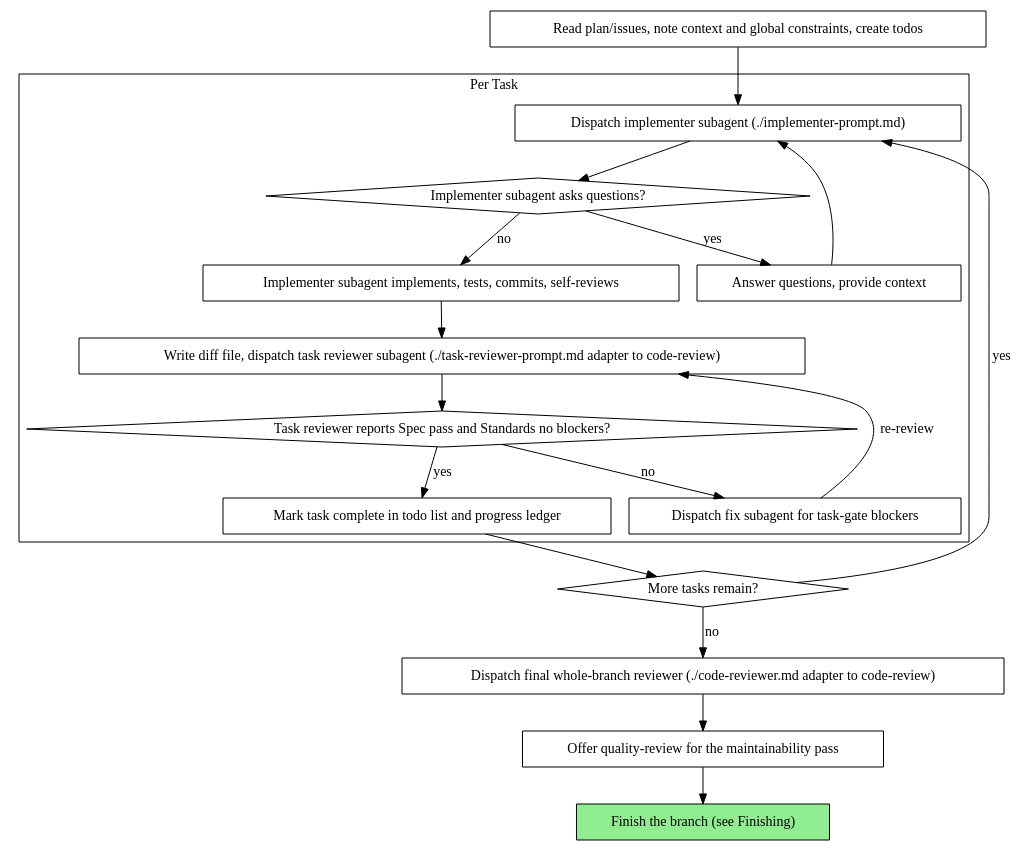
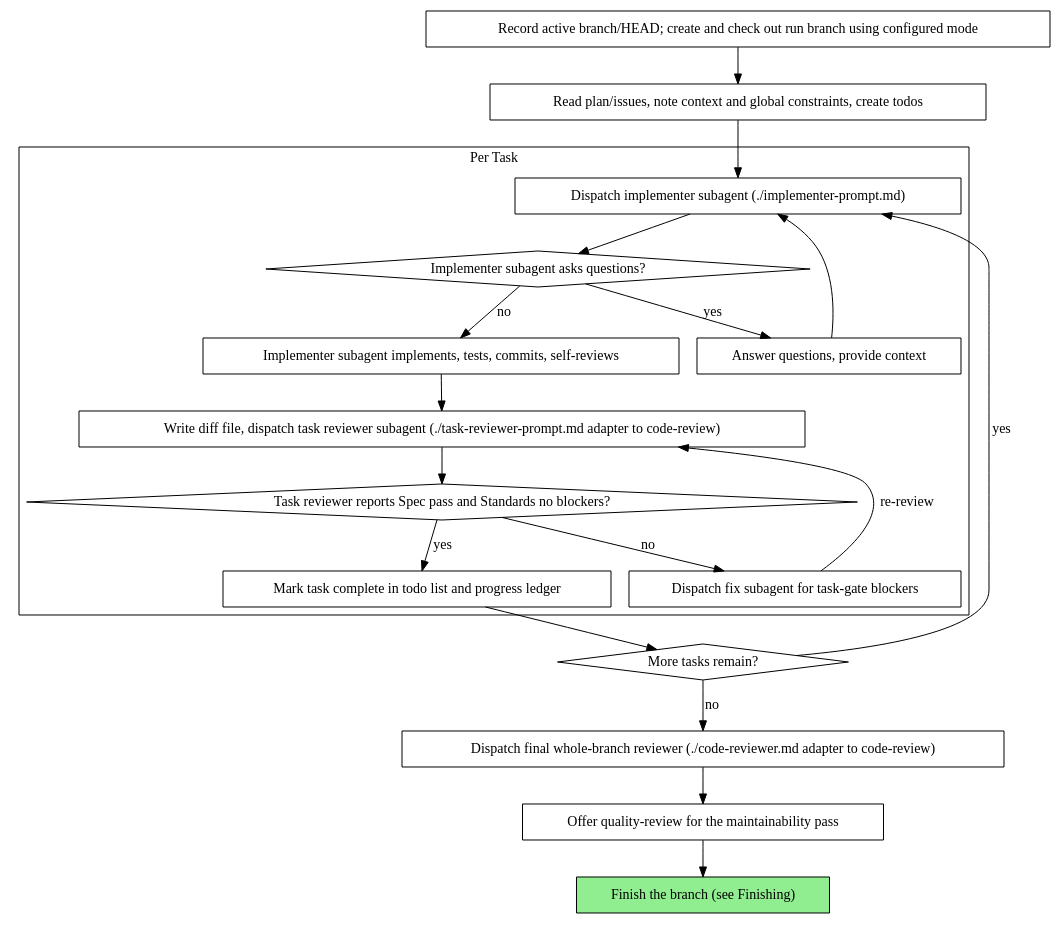
One commit to Enubia/skills changed the second of 2 diagrams in skills/subagent-driven-development/SKILL.md. Above: the diagram before and after it, drawn with Graphviz. The commit also changed other lines of this file and 4 other files, not shown here.

````diff
--- a/skills/subagent-driven-development/SKILL.md
+++ b/skills/subagent-driven-development/SKILL.md
@@ -67,39 +75,41 @@
 ```dot
 digraph process {
     rankdir=TB;
 
     subgraph cluster_per_task {
         label="Per Task";
         "Dispatch implementer subagent (./implementer-prompt.md)" [shape=box];
         "Implementer subagent asks questions?" [shape=diamond];
         "Answer questions, provide context" [shape=box];
         "Implementer subagent implements, tests, commits, self-reviews" [shape=box];
         "Write diff file, dispatch task reviewer subagent (./task-reviewer-prompt.md adapter to code-review)" [shape=box];
         "Task reviewer reports Spec pass and Standards no blockers?" [shape=diamond];
         "Dispatch fix subagent for task-gate blockers" [shape=box];
         "Mark task complete in todo list and progress ledger" [shape=box];
     }
 
+    "Record active branch/HEAD; create and check out run branch using configured mode" [shape=box];
     "Read plan/issues, note context and global constraints, create todos" [shape=box];
     "More tasks remain?" [shape=diamond];
     "Dispatch final whole-branch reviewer (./code-reviewer.md adapter to code-review)" [shape=box];
     "Offer quality-review for the maintainability pass" [shape=box];
     "Finish the branch (see Finishing)" [shape=box style=filled fillcolor=lightgreen];
 
+    "Record active branch/HEAD; create and check out run branch using configured mode" -> "Read plan/issues, note context and global constraints, create todos";
     "Read plan/issues, note context and global constraints, create todos" -> "Dispatch implementer subagent (./implementer-prompt.md)";
     "Dispatch implementer subagent (./implementer-prompt.md)" -> "Implementer subagent asks questions?";
     "Implementer subagent asks questions?" -> "Answer questions, provide context" [label="yes"];
     "Answer questions, provide context" -> "Dispatch implementer subagent (./implementer-prompt.md)";
     "Implementer subagent asks questions?" -> "Implementer subagent implements, tests, commits, self-reviews" [label="no"];
     "Implementer subagent implements, tests, commits, self-reviews" -> "Write diff file, dispatch task reviewer subagent (./task-reviewer-prompt.md adapter to code-review)";
     "Write diff file, dispatch task reviewer subagent (./task-reviewer-prompt.md adapter to code-review)" -> "Task reviewer reports Spec pass and Standards no blockers?";
     "Task reviewer reports Spec pass and Standards no blockers?" -> "Dispatch fix subagent for task-gate blockers" [label="no"];
     "Dispatch fix subagent for task-gate blockers" -> "Write diff file, dispatch task reviewer subagent (./task-reviewer-prompt.md adapter to code-review)" [label="re-review"];
     "Task reviewer reports Spec pass and Standards no blockers?" -> "Mark task complete in todo list and progress ledger" [label="yes"];
     "Mark task complete in todo list and progress ledger" -> "More tasks remain?";
     "More tasks remain?" -> "Dispatch implementer subagent (./implementer-prompt.md)" [label="yes"];
     "More tasks remain?" -> "Dispatch final whole-branch reviewer (./code-reviewer.md adapter to code-review)" [label="no"];
     "Dispatch final whole-branch reviewer (./code-reviewer.md adapter to code-review)" -> "Offer quality-review for the maintainability pass";
     "Offer quality-review for the maintainability pass" -> "Finish the branch (see Finishing)";
 }
 ```
````
